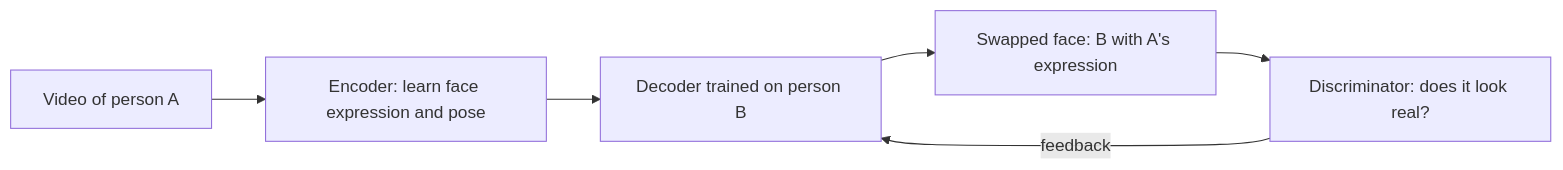
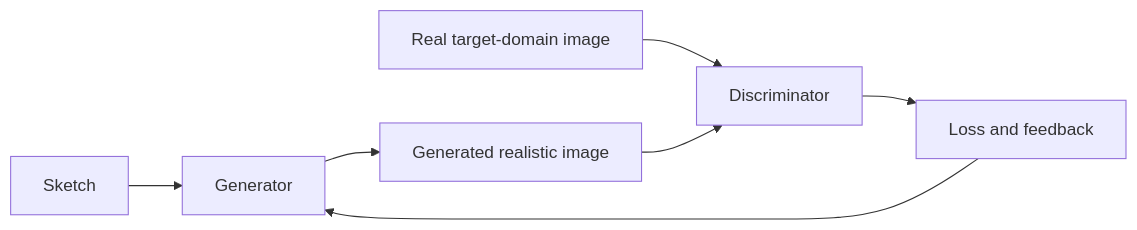
The fourth of 4 diagrams in content/deep-learning/notes/gan.mdx (TrendySloth1001/sem-seven-notes), drawn with Mermaid before and after one commit. The commit also changed other lines of this file and 168 other files, not shown here.

Commit message:
Rewrite the Module 1, activation, loss and GAN notes and their 25 answers from the teachers' class files. They keep the teacher's definitions, use 80 of their figures with class-notes citations only, and fix the slide errors in the XOR, NAND, loss and KL formulas.

````diff
--- a/content/deep-learning/notes/gan.mdx
+++ b/content/deep-learning/notes/gan.mdx
@@ -311,9 +204,10 @@
 ```mermaid
-%% caption: How a face-swap deepfake is made, in outline. A shared encoder reads person A's expression and a decoder trained on person B redraws it as B's face. The optional discriminator makes the swap look natural.
+%% caption: Image-to-image translation with a GAN. The loop repeats until the generated image looks like a real image of the target domain.
 flowchart LR
-  A["Video of person A"] --> E["Encoder: learn face expression and pose"]
-  E --> Dc["Decoder trained on person B"]
-  Dc --> S["Swapped face: B with A's expression"]
-  S --> Di["Discriminator: does it look real?"]
-  Di -- "feedback" --> Dc
+  A["Sketch"] --> B["Generator"]
+  B --> C["Generated realistic image"]
+  D["Real target-domain image"] --> E["Discriminator"]
+  C --> E
+  E --> F["Loss and feedback"]
+  F --> B
 ```
````
